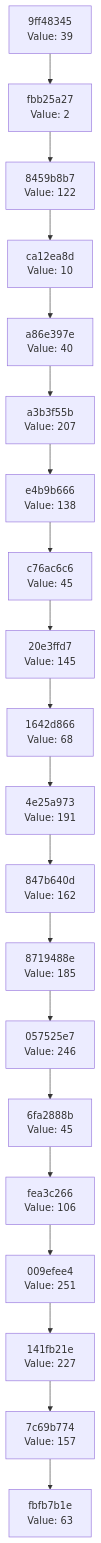
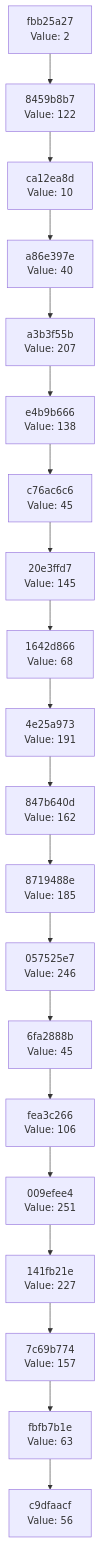
One commit to Abhisheksinha1506/hash-chain-evolver changed the diagram in docs/CHAIN_VISUALIZATION.md. Above: the diagram before and after it, drawn with Mermaid. The commit also changed 3 other files, not shown here.

````diff
--- a/docs/CHAIN_VISUALIZATION.md
+++ b/docs/CHAIN_VISUALIZATION.md
@@ -3,42 +3,42 @@
 ```mermaid
 graph TD
-    C0["fbfb7b1e<br/>Value: 63"]
-    C1["7c69b774<br/>Value: 157"]
+    C0["c9dfaacf<br/>Value: 56"]
+    C1["fbfb7b1e<br/>Value: 63"]
     C1 --> C0
-    C2["141fb21e<br/>Value: 227"]
+    C2["7c69b774<br/>Value: 157"]
     C2 --> C1
-    C3["009efee4<br/>Value: 251"]
+    C3["141fb21e<br/>Value: 227"]
     C3 --> C2
-    C4["fea3c266<br/>Value: 106"]
+    C4["009efee4<br/>Value: 251"]
     C4 --> C3
-    C5["6fa2888b<br/>Value: 45"]
+    C5["fea3c266<br/>Value: 106"]
     C5 --> C4
-    C6["057525e7<br/>Value: 246"]
+    C6["6fa2888b<br/>Value: 45"]
     C6 --> C5
-    C7["8719488e<br/>Value: 185"]
+    C7["057525e7<br/>Value: 246"]
     C7 --> C6
-    C8["847b640d<br/>Value: 162"]
+    C8["8719488e<br/>Value: 185"]
     C8 --> C7
-    C9["4e25a973<br/>Value: 191"]
+    C9["847b640d<br/>Value: 162"]
     C9 --> C8
-    C10["1642d866<br/>Value: 68"]
+    C10["4e25a973<br/>Value: 191"]
     C10 --> C9
-    C11["20e3ffd7<br/>Value: 145"]
+    C11["1642d866<br/>Value: 68"]
     C11 --> C10
-    C12["c76ac6c6<br/>Value: 45"]
+    C12["20e3ffd7<br/>Value: 145"]
     C12 --> C11
-    C13["e4b9b666<br/>Value: 138"]
+    C13["c76ac6c6<br/>Value: 45"]
     C13 --> C12
-    C14["a3b3f55b<br/>Value: 207"]
+    C14["e4b9b666<br/>Value: 138"]
     C14 --> C13
-    C15["a86e397e<br/>Value: 40"]
+    C15["a3b3f55b<br/>Value: 207"]
     C15 --> C14
-    C16["ca12ea8d<br/>Value: 10"]
+    C16["a86e397e<br/>Value: 40"]
     C16 --> C15
-    C17["8459b8b7<br/>Value: 122"]
+    C17["ca12ea8d<br/>Value: 10"]
     C17 --> C16
-    C18["fbb25a27<br/>Value: 2"]
+    C18["8459b8b7<br/>Value: 122"]
     C18 --> C17
-    C19["9ff48345<br/>Value: 39"]
+    C19["fbb25a27<br/>Value: 2"]
     C19 --> C18
 ```
````
